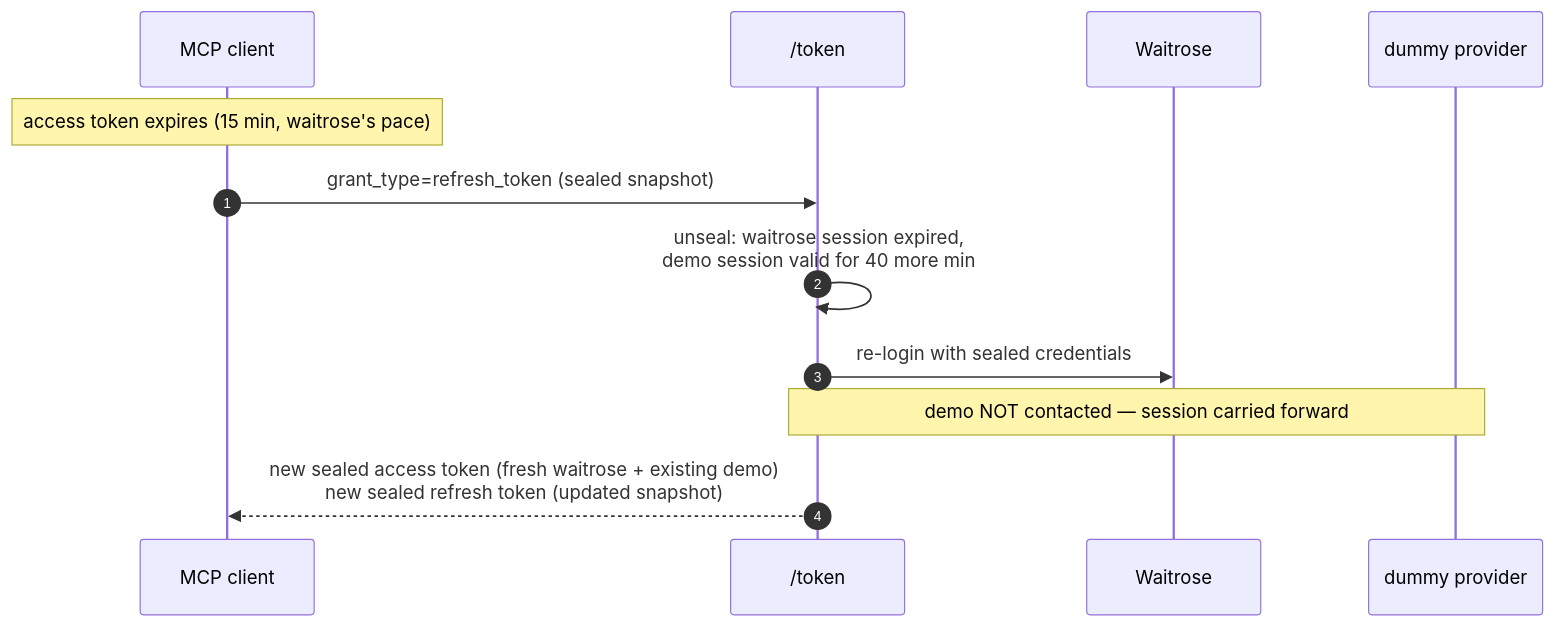
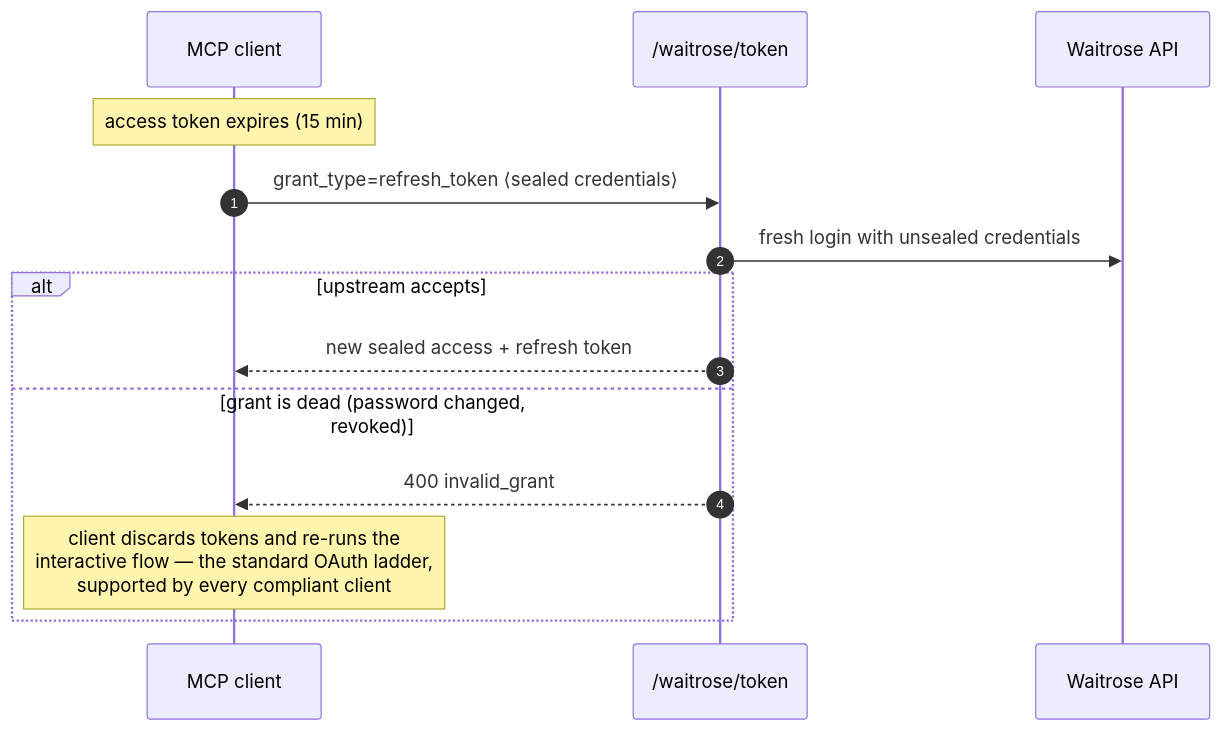
One commit to iterate/zero-trust-mcp changed the third of 3 diagrams in README.md. Above: the diagram before and after it, drawn with Mermaid. The commit also changed other lines of this file and 8 other files, not shown here.

````diff
--- a/README.md
+++ b/README.md
@@ -119,15 +103,17 @@
 ```mermaid
 sequenceDiagram
     autonumber
     participant C as MCP client
-    participant S as /token
-    participant W as Waitrose
-    participant D as dummy provider
+    participant S as /waitrose/token
+    participant U as Waitrose API
 
-    Note over C: access token expires (15 min, waitrose's pace)
-    C->>S: grant_type=refresh_token (sealed snapshot)
-    S->>S: unseal: waitrose session expired,<br/>demo session valid for 40 more min
-    S->>W: re-login with sealed credentials
-    Note over S,D: demo NOT contacted — session carried forward
-    S-->>C: new sealed access token (fresh waitrose + existing demo)<br/>new sealed refresh token (updated snapshot)
+    Note over C: access token expires (15 min)
+    C->>S: grant_type=refresh_token ⟨sealed credentials⟩
+    S->>U: fresh login with unsealed credentials
+    alt upstream accepts
+        S-->>C: new sealed access + refresh token
+    else grant is dead (password changed, revoked)
+        S-->>C: 400 invalid_grant
+        Note over C: client discards tokens and re-runs the<br/>interactive flow — the standard OAuth ladder,<br/>supported by every compliant client
+    end
 ```
````
